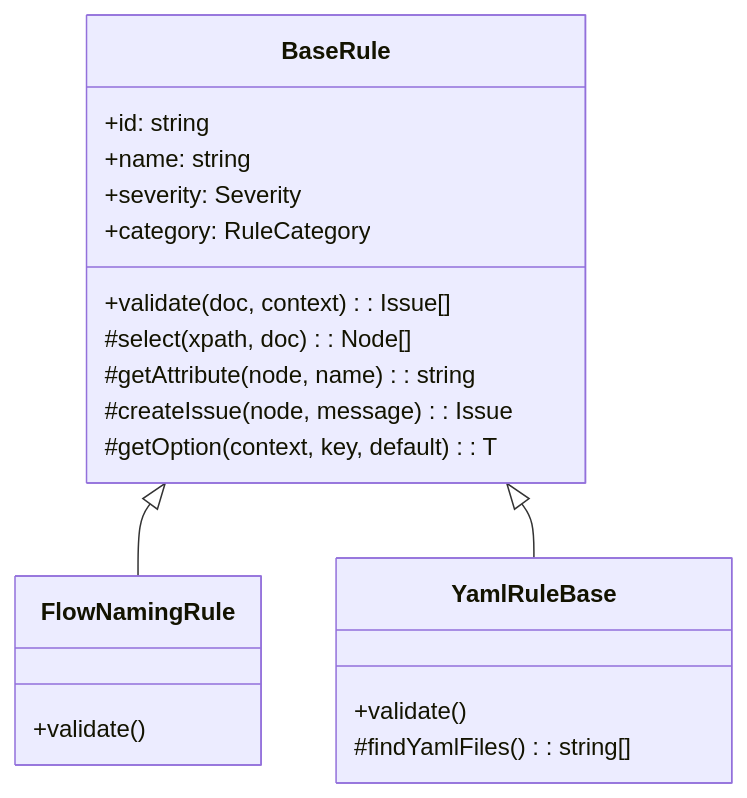
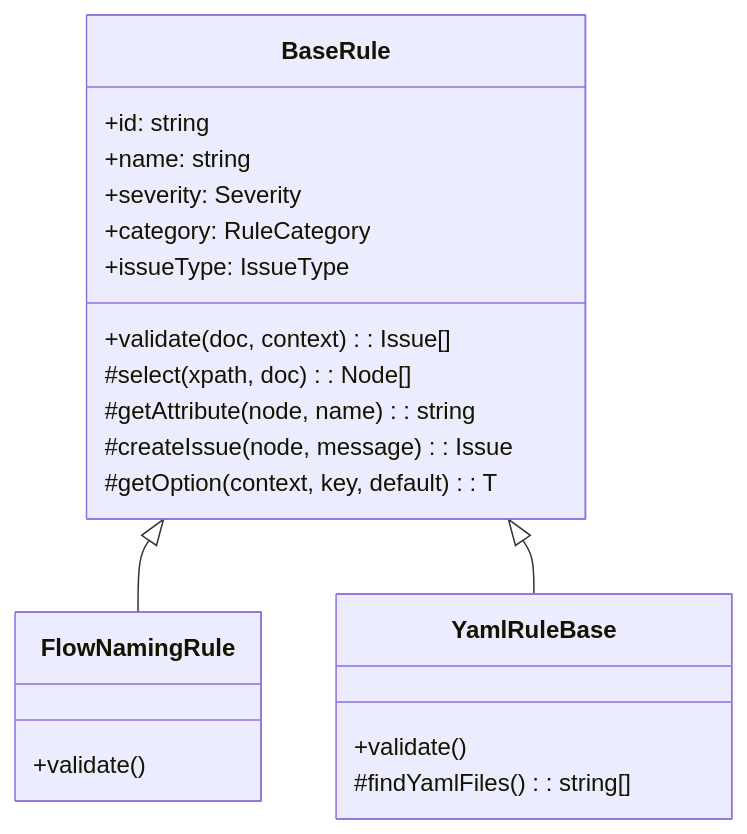
One commit to Avinava/mule-lint changed the third of 3 diagrams in docs/linter/architecture.md. Above: the diagram before and after it, drawn with Mermaid. The commit also changed other lines of this file and 1 other file, not shown here.

First line of the commit message:
docs: update architecture to include issueType and quality module

````diff
--- a/docs/linter/architecture.md
+++ b/docs/linter/architecture.md
@@ -132,26 +132,27 @@
 ```mermaid
 classDiagram
     class BaseRule {
         +id: string
         +name: string
         +severity: Severity
         +category: RuleCategory
+        +issueType: IssueType
         +validate(doc, context): Issue[]
         #select(xpath, doc): Node[]
         #getAttribute(node, name): string
         #createIssue(node, message): Issue
         #getOption(context, key, default): T
     }
     
     class FlowNamingRule {
         +validate()
     }
     
     class YamlRuleBase {
         +validate()
         #findYamlFiles(): string[]
     }
     
     BaseRule <|-- FlowNamingRule
     BaseRule <|-- YamlRuleBase
 ```
````
